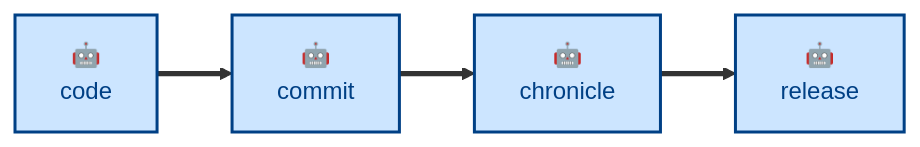
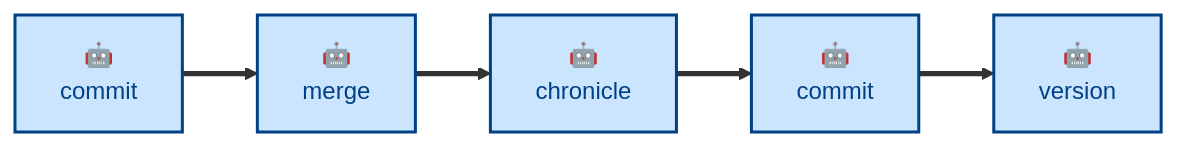
The diagram in skills/chronicle/README.md (kieranpotts/skills), drawn with Mermaid before and after one commit. The commit also changed other lines of this file and 75 other files, not shown here.

````diff
--- a/skills/chronicle/README.md
+++ b/skills/chronicle/README.md
@@ -48,18 +58,20 @@
 ```mermaid
 flowchart LR
   %% Node labels and classes.
-  code["🤖<br/>code"]:::agentic
   commit["🤖<br/>commit"]:::agentic
+  merge["🤖<br/>merge"]:::agentic
   chronicle["🤖<br/>chronicle"]:::agentic
-  release["🤖<br/>release"]:::agentic
+  commitChangelog["🤖<br/>commit"]:::agentic
+  version["🤖<br/>version"]:::agentic
 
   %% Main workflow sequence.
-  code ==> commit
-  commit ==> chronicle
-  chronicle ==> release
+  commit ==> merge
+  merge ==> chronicle
+  chronicle ==> commitChangelog
+  commitChangelog ==> version
 
   %% Class definitions.
   classDef agentic fill:#cce5ff,stroke:#004085,color:#004085,stroke-width:2px
   classDef scripted fill:#e2e3e5,stroke:#4b5157,color:#383d41,stroke-width:2px
   classDef anthropic fill:#fff3cd,stroke:#856404,color:#856404,stroke-width:1px,stroke-dasharray:2 3
 ```
````
